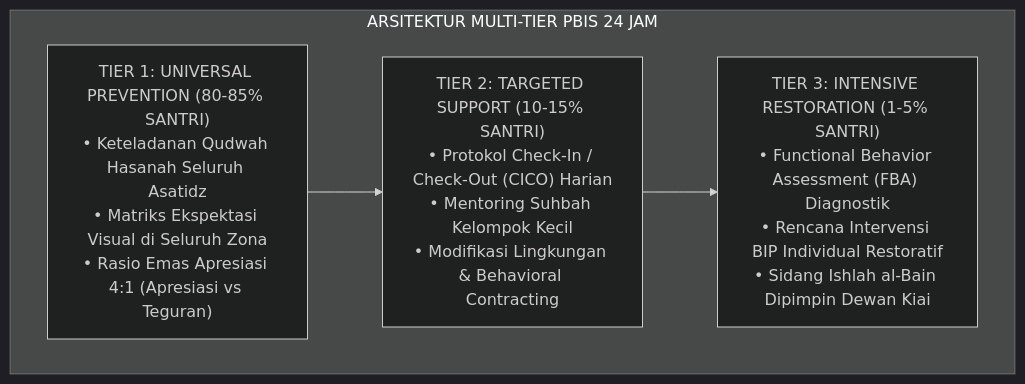
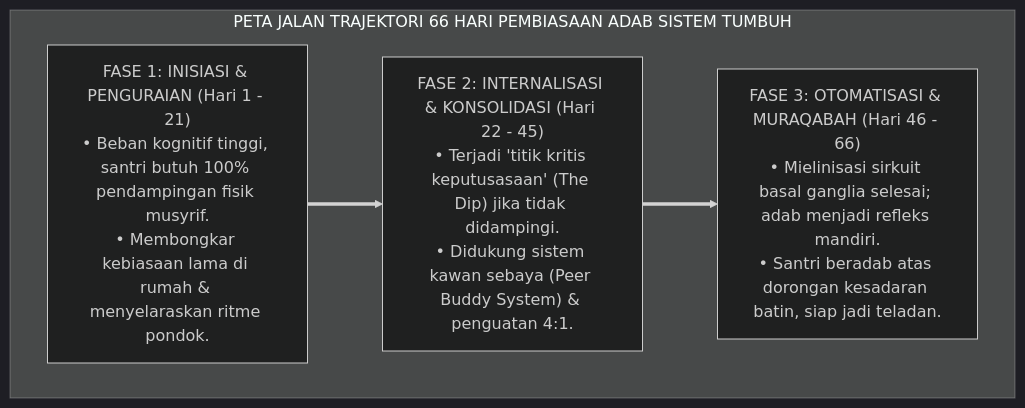
One commit to wandiapriliyandi/tumbuh changed the first of 3 diagrams in BOOK-SERIES/Volume-01/Bab-03-Epistemologi-Integratif-Turats-dan-Neurosains/03-Siklus-Habit-Loop-66-Hari.md. Above: the diagram before and after it, drawn with Mermaid (dark theme). The commit also changed other lines of this file and 286 other files, not shown here.

````diff
--- a/BOOK-SERIES/Volume-01/Bab-03-Epistemologi-Integratif-Turats-dan-Neurosains/03-Siklus-Habit-Loop-66-Hari.md
+++ b/BOOK-SERIES/Volume-01/Bab-03-Epistemologi-Integratif-Turats-dan-Neurosains/03-Siklus-Habit-Loop-66-Hari.md
@@ -62,12 +24,12 @@
 ```mermaid
 graph TD
-    subgraph MultiTier["ARSITEKTUR MULTI-TIER PBIS 24 JAM"]
-        T1["TIER 1: UNIVERSAL PREVENTION (80-85% SANTRI)<br/>• Keteladanan Qudwah Hasanah Seluruh Asatidz<br/>• Matriks Ekspektasi Visual di Seluruh Zona<br/>• Rasio Emas Apresiasi 4:1 (Apresiasi vs Teguran)"]
+    subgraph Trajektori66["PETA JALAN TRAJEKTORI 66 HARI PEMBIASAAN ADAB SISTEM TUMBUH"]
+        F1["FASE 1: INISIASI & PENGURAIAN (Hari 1 - 21)<br/>• Beban kognitif tinggi, santri butuh 100% pendampingan fisik musyrif.<br/>• Membongkar kebiasaan lama di rumah & menyelaraskan ritme pondok."]
         
-        T2["TIER 2: TARGETED SUPPORT (10-15% SANTRI)<br/>• Protokol Check-In / Check-Out (CICO) Harian<br/>• Mentoring Suhbah Kelompok Kecil<br/>• Modifikasi Lingkungan & Behavioral Contracting"]
+        F2["FASE 2: INTERNALISASI & KONSOLIDASI (Hari 22 - 45)<br/>• Terjadi 'titik kritis keputusasaan' (The Dip) jika tidak didampingi.<br/>• Didukung sistem kawan sebaya (Peer Buddy System) & penguatan 4:1."]
         
-        T3["TIER 3: INTENSIVE RESTORATION (1-5% SANTRI)<br/>• Functional Behavior Assessment (FBA) Diagnostik<br/>• Rencana Intervensi BIP Individual Restoratif<br/>• Sidang Ishlah al-Bain Dipimpin Dewan Kiai"]
+        F3["FASE 3: OTOMATISASI & MURAQABAH (Hari 46 - 66)<br/>• Mielinisasi sirkuit basal ganglia selesai; adab menjadi refleks mandiri.<br/>• Santri beradab atas dorongan kesadaran batin, siap jadi teladan."]
         
-        T1 --> T2 --> T3
+        F1 ==> F2 ==> F3
     end
 ```
````
